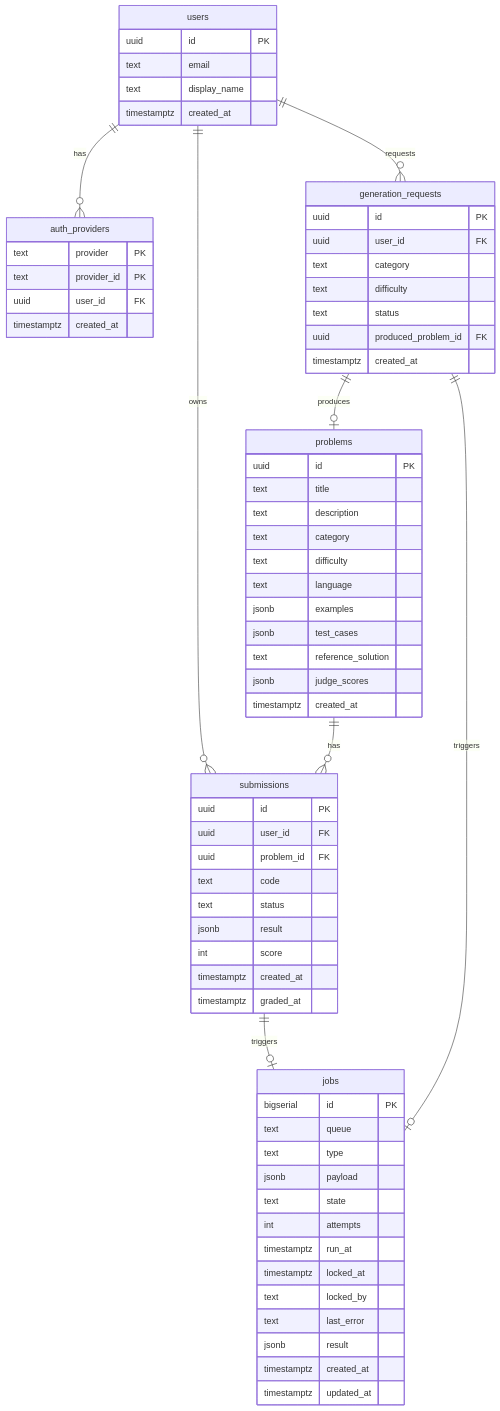
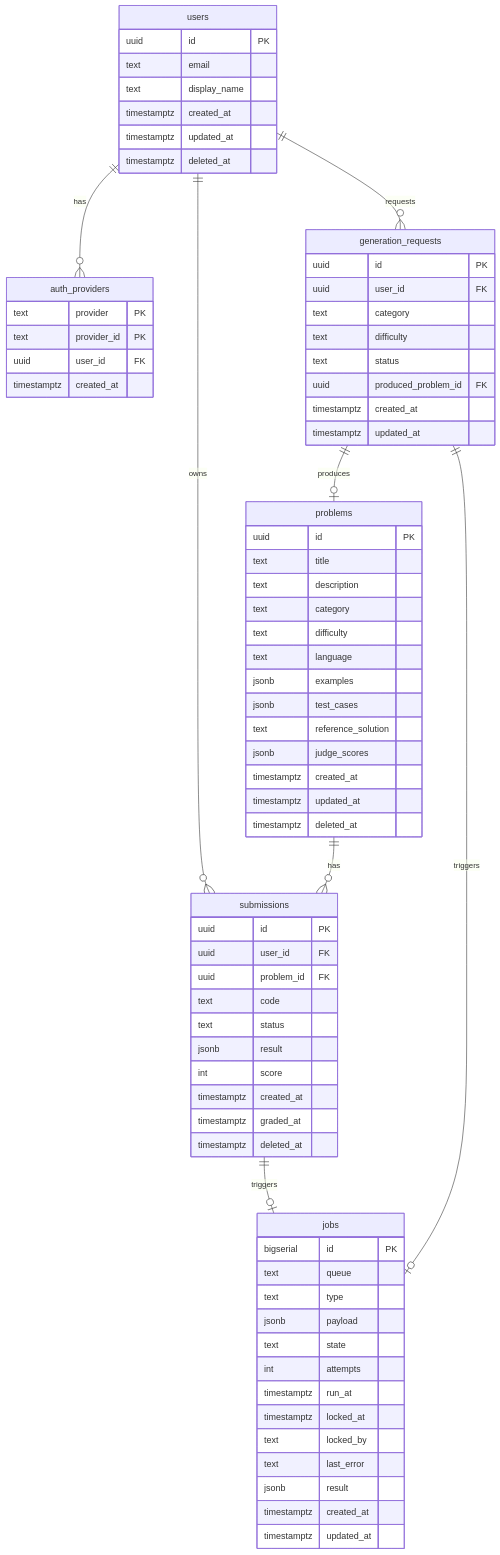
The diagram in docs/requirements/3-cross-cutting/01-data-model.md (yzanbo/ai-coding-drill-python), drawn with Mermaid before and after one commit. The commit also changed other lines of this file and 7 other files, not shown here.

````diff
--- a/docs/requirements/3-cross-cutting/01-data-model.md
+++ b/docs/requirements/3-cross-cutting/01-data-model.md
@@ -12,76 +12,82 @@
 ```mermaid
 erDiagram
   users ||--o{ auth_providers : has
   users ||--o{ submissions : owns
   problems ||--o{ submissions : has
   submissions ||--o| jobs : triggers
   users ||--o{ generation_requests : requests
   generation_requests ||--o| problems : produces
   generation_requests ||--o| jobs : triggers
 
   users {
     uuid id PK
     text email
     text display_name
     timestamptz created_at
+    timestamptz updated_at
+    timestamptz deleted_at
   }
 
   auth_providers {
     text provider PK
     text provider_id PK
     uuid user_id FK
     timestamptz created_at
   }
 
   problems {
     uuid id PK
     text title
     text description
     text category
     text difficulty
     text language
     jsonb examples
     jsonb test_cases
     text reference_solution
     jsonb judge_scores
     timestamptz created_at
+    timestamptz updated_at
+    timestamptz deleted_at
   }
 
   submissions {
     uuid id PK
     uuid user_id FK
     uuid problem_id FK
     text code
     text status
     jsonb result
     int score
     timestamptz created_at
     timestamptz graded_at
+    timestamptz deleted_at
   }
 
   generation_requests {
     uuid id PK
     uuid user_id FK
     text category
     text difficulty
     text status
     uuid produced_problem_id FK
     timestamptz created_at
+    timestamptz updated_at
   }
 
   jobs {
     bigserial id PK
     text queue
     text type
     jsonb payload
     text state
     int attempts
     timestamptz run_at
     timestamptz locked_at
     text locked_by
     text last_error
     jsonb result
     timestamptz created_at
     timestamptz updated_at
   }
 ```
````
